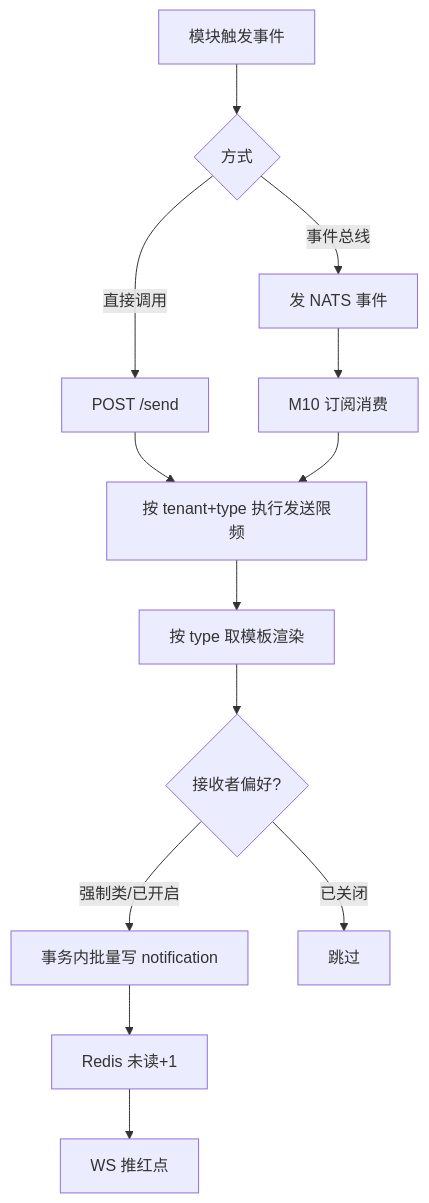
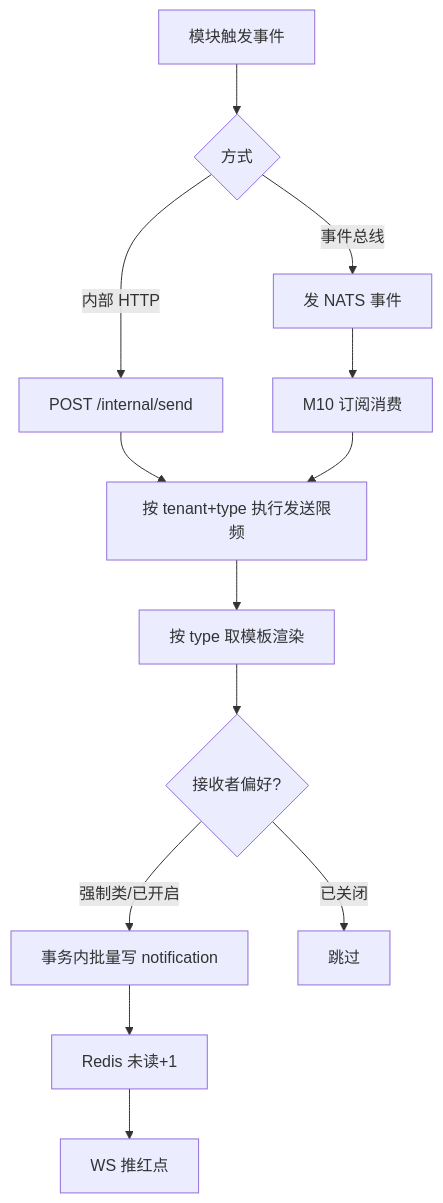
One commit to menghuishisan/CHAIMIR changed the first of 5 diagrams in docs/10-通知与实时推送/05-业务流程与状态机.md. Above: the diagram before and after it, drawn with Mermaid. The commit also changed other lines of this file and 995 other files, not shown here.

````diff
--- a/docs/10-通知与实时推送/05-业务流程与状态机.md
+++ b/docs/10-通知与实时推送/05-业务流程与状态机.md
@@ -12,15 +12,15 @@
 ```mermaid
 flowchart TD
     A[模块触发事件] --> B{方式}
-    B -->|直接调用| C[POST /send]
+    B -->|内部 HTTP| C[POST /internal/send]
     B -->|事件总线| D[发 NATS 事件]
     D --> E[M10 订阅消费]
     C --> R[按 tenant+type 执行发送限频]
     E --> R
     R --> F[按 type 取模板渲染]
     F --> G{接收者偏好?}
     G -->|强制类/已开启| H[事务内批量写 notification]
     G -->|已关闭| I[跳过]
     H --> J[Redis 未读+1]
     J --> K[WS 推红点]
 ```
````
